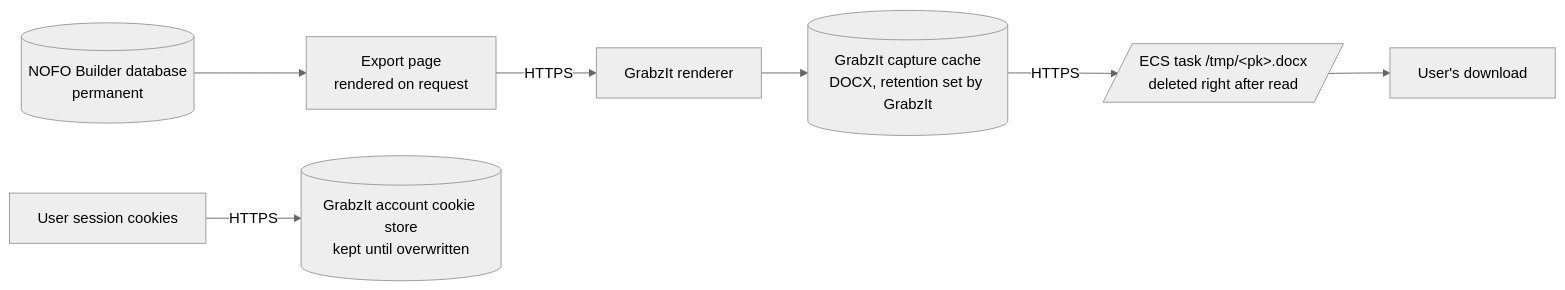
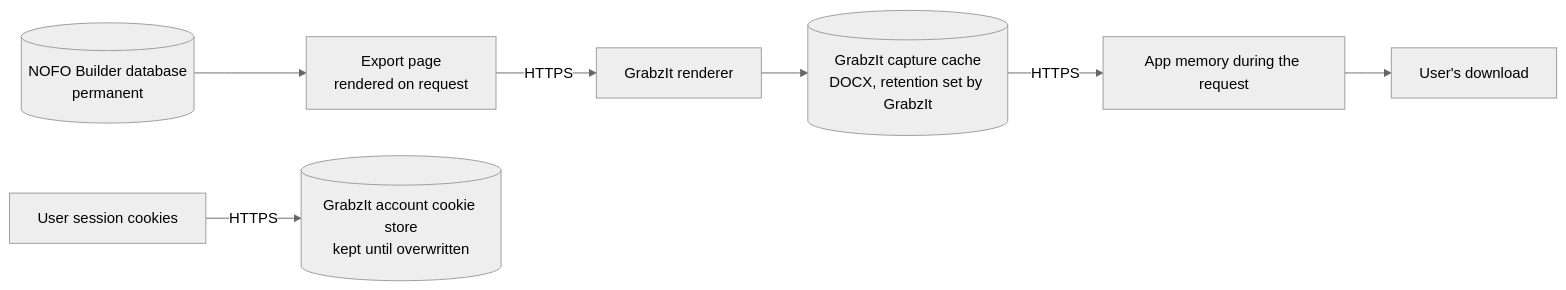
The second of 2 diagrams in documentation/DOCX_EXPORT.md (HHS/simpler-grants-pdf-builder), drawn with Mermaid (neutral theme) before and after one commit. The commit also changed other lines of this file and 54 other files, not shown here.

````diff
--- a/documentation/DOCX_EXPORT.md
+++ b/documentation/DOCX_EXPORT.md
@@ -78,9 +178,9 @@
 ```mermaid
 flowchart LR
     DB[(NOFO Builder database<br/>permanent)] --> Page[Export page<br/>rendered on request]
     Page -- HTTPS --> GZR[GrabzIt renderer]
     GZR --> Cache[(GrabzIt capture cache<br/>DOCX, retention set by GrabzIt)]
     Cookies[User session cookies] -- HTTPS --> GZC[(GrabzIt account cookie store<br/>kept until overwritten)]
-    Cache -- HTTPS --> Tmp[/ECS task /tmp/&lt;pk&gt;.docx<br/>deleted right after read/]
-    Tmp --> Browser[User's download]
+    Cache -- HTTPS --> App[App memory during the request]
+    App --> Browser[User's download]
 ```
````
